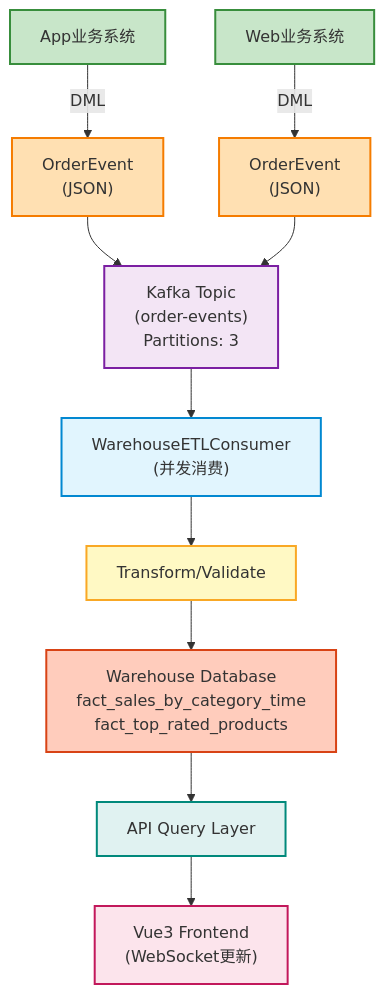
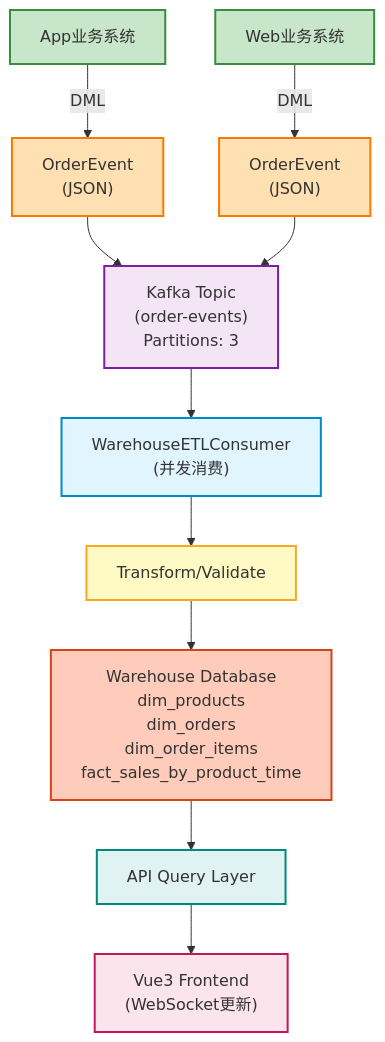
Before and after one commit to jianglei919/ecommerce_data_warehouse: the sixth of 8 diagrams in TECH_SOLUTION.md, drawn with Mermaid. The commit also changed other lines of this file and 2 other files, not shown here.

````diff
--- a/TECH_SOLUTION.md
+++ b/TECH_SOLUTION.md
@@ -966,34 +968,34 @@
 ```mermaid
 graph TD
     app["App业务系统"]
     web["Web业务系统"]
     appevt["OrderEvent<br/>(JSON)"]
     webevt["OrderEvent<br/>(JSON)"]
     kafka["Kafka Topic<br/>(order-events)<br/>Partitions: 3"]
     consumer["WarehouseETLConsumer<br/>(并发消费)"]
     transform["Transform/Validate"]
-    warehouse["Warehouse Database<br/>fact_sales_by_category_time<br/>fact_top_rated_products"]
+    warehouse["Warehouse Database<br/>dim_products<br/>dim_orders<br/>dim_order_items<br/>fact_sales_by_product_time"]
     api["API Query Layer"]
     frontend["Vue3 Frontend<br/>(WebSocket更新)"]
 
     app -->|DML| appevt
     web -->|DML| webevt
     appevt --> kafka
     webevt --> kafka
     kafka --> consumer
     consumer --> transform
     transform --> warehouse
     warehouse --> api
     api --> frontend
 
     style app fill:#c8e6c9,stroke:#388e3c,stroke-width:2px
     style web fill:#c8e6c9,stroke:#388e3c,stroke-width:2px
     style appevt fill:#ffe0b2,stroke:#f57c00,stroke-width:2px
     style webevt fill:#ffe0b2,stroke:#f57c00,stroke-width:2px
     style kafka fill:#f3e5f5,stroke:#7b1fa2,stroke-width:2px
     style consumer fill:#e1f5fe,stroke:#0288d1,stroke-width:2px
     style transform fill:#fff9c4,stroke:#f9a825,stroke-width:2px
     style warehouse fill:#ffccbc,stroke:#d84315,stroke-width:2px
     style api fill:#e0f2f1,stroke:#00897b,stroke-width:2px
     style frontend fill:#fce4ec,stroke:#c2185b,stroke-width:2px
 ```
````
